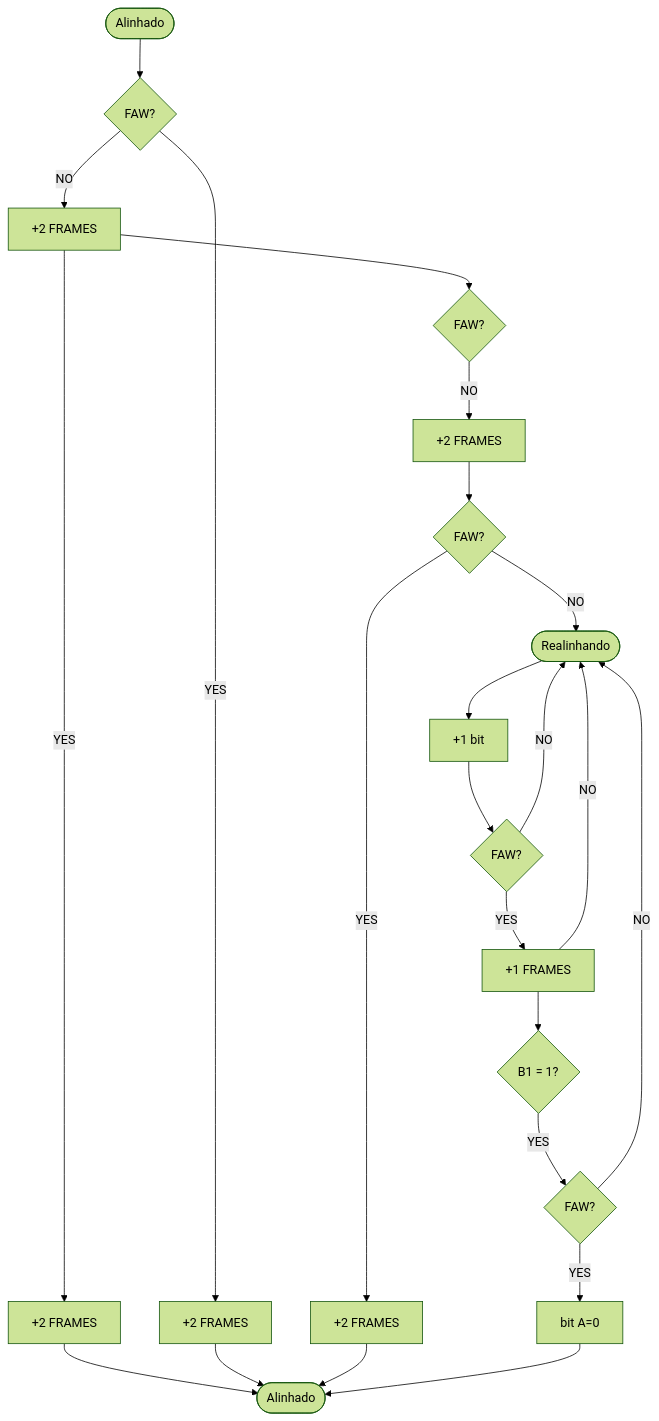
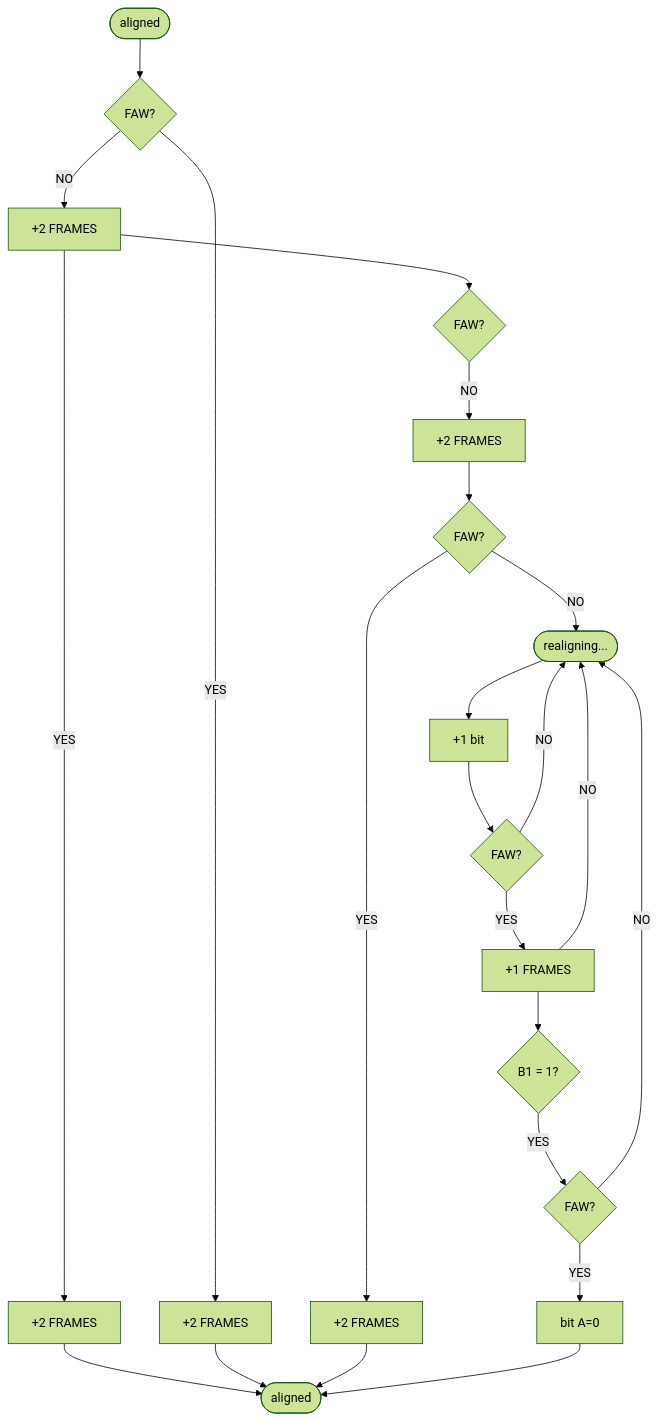
One commit to arthurcadore/E1PCM30-Simulator changed the diagram in README.md. Above: the diagram before and after it, drawn with Mermaid (forest theme). The commit also changed other lines of this file, not shown here.

Commit message:
:memo: added marmaid algorithm to main

````diff
--- a/README.md
+++ b/README.md
@@ -107,24 +108,24 @@
 ```mermaid
 flowchart TD
-    A(["Alinhado"]) --> B{"FAW?"}
+    A(["aligned"]) --> B{"FAW?"}
     B -- "NO" --> C[+2 FRAMES]
     C --> D{"FAW?"} 
     C -- "YES" --> E[+2 FRAMES] 
-    E --> H2(["Alinhado"])
+    E --> H2(["aligned"])
     B -- "YES" --> I[+2 FRAMES] 
     I --> H2
     D -- "NO" --> G[+2 FRAMES] 
     G --> J{"FAW?"} -- "YES" --> L1[+2 FRAMES] 
     L1 --> H2
-    J -- "NO" --> L(["Realinhando"]) 
+    J -- "NO" --> L(["realigning..."]) 
     L --> K[+1 bit] 
     K --> K1{"FAW?"} 
     K1 -- "YES" --> K2[+1 FRAMES] 
     K2 --> K3{"B1 = 1?"} 
     K3 -- "YES" --> K4{"FAW?"}
     K1 -- "NO" --> L
     K2 -- "NO" --> L
     K4 -- "YES" --> K6[bit A=0] 
     K6 --> H2
     K4 -- "NO" --> L
 ```
````
